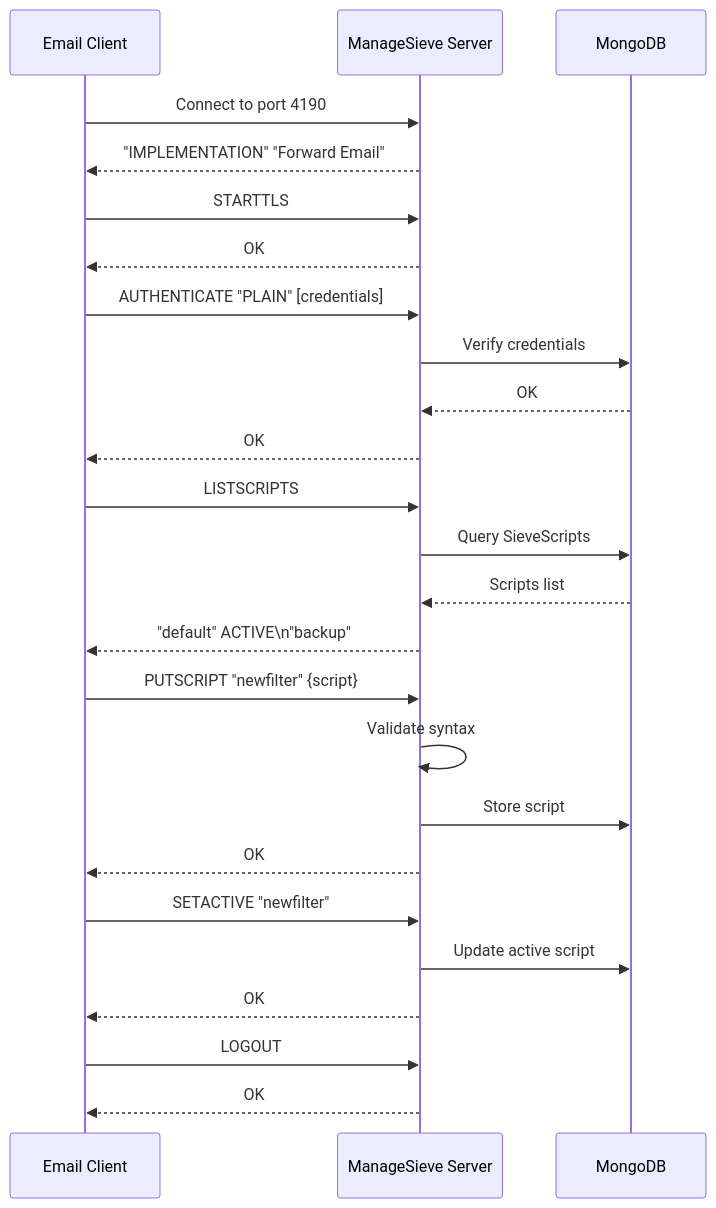
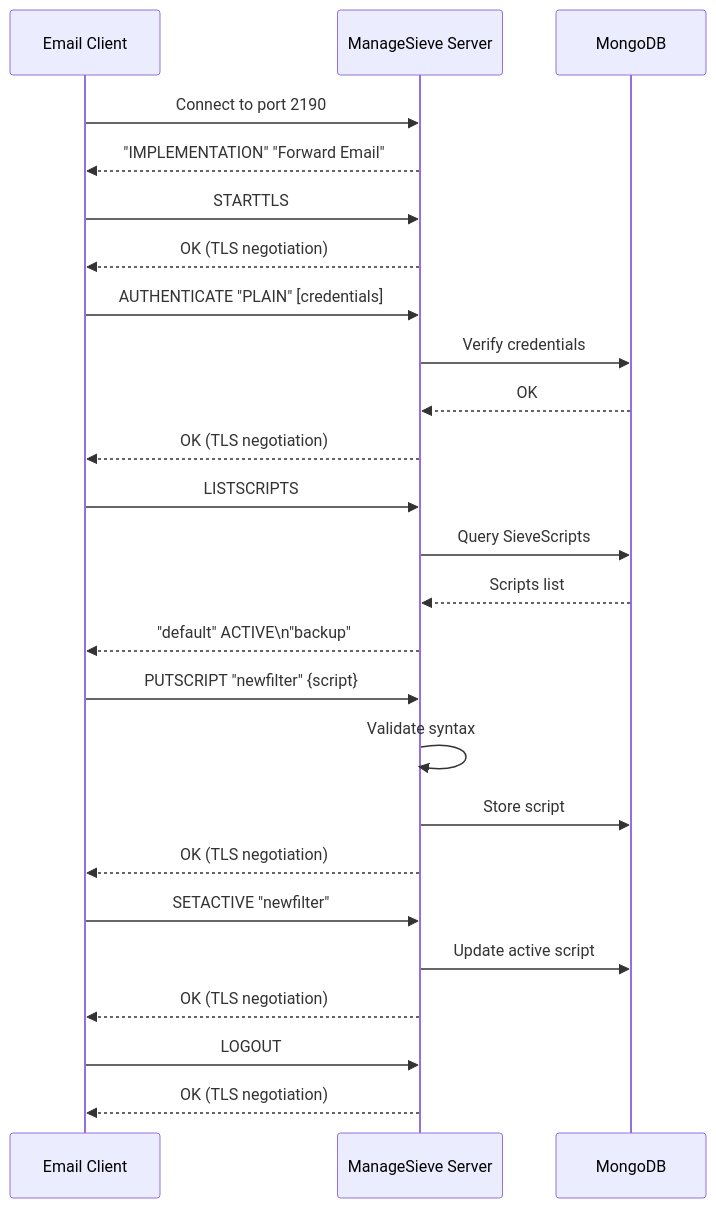
Before and after one commit to forwardemail/forwardemail.net: the tenth of 16 diagrams in app/views/docs/email-protocols-rfc-compliance-imap-smtp-pop3-comparison/index-ja.md, drawn with Mermaid. The commit also changed other lines of this file and 32 other files, not shown here.

````diff
--- a/app/views/docs/email-protocols-rfc-compliance-imap-smtp-pop3-comparison/index-ja.md
+++ b/app/views/docs/email-protocols-rfc-compliance-imap-smtp-pop3-comparison/index-ja.md
@@ -1300,32 +1300,32 @@
 ```mermaid
 sequenceDiagram
     participant Client as Email Client
     participant MS as ManageSieve Server
     participant DB as MongoDB
 
-    Client->>MS: Connect to port 4190
+    Client->>MS: Connect to port 2190
     MS-->>Client: "IMPLEMENTATION" "Forward Email"
     Client->>MS: STARTTLS
-    MS-->>Client: OK
+    MS-->>Client: OK (TLS negotiation)
     Client->>MS: AUTHENTICATE "PLAIN" [credentials]
     MS->>DB: Verify credentials
     DB-->>MS: OK
-    MS-->>Client: OK
+    MS-->>Client: OK (TLS negotiation)
 
     Client->>MS: LISTSCRIPTS
     MS->>DB: Query SieveScripts
     DB-->>MS: Scripts list
     MS-->>Client: "default" ACTIVE\n"backup"
 
     Client->>MS: PUTSCRIPT "newfilter" {script}
     MS->>MS: Validate syntax
     MS->>DB: Store script
-    MS-->>Client: OK
+    MS-->>Client: OK (TLS negotiation)
 
     Client->>MS: SETACTIVE "newfilter"
     MS->>DB: Update active script
-    MS-->>Client: OK
+    MS-->>Client: OK (TLS negotiation)
 
     Client->>MS: LOGOUT
-    MS-->>Client: OK
+    MS-->>Client: OK (TLS negotiation)
 ```
````
